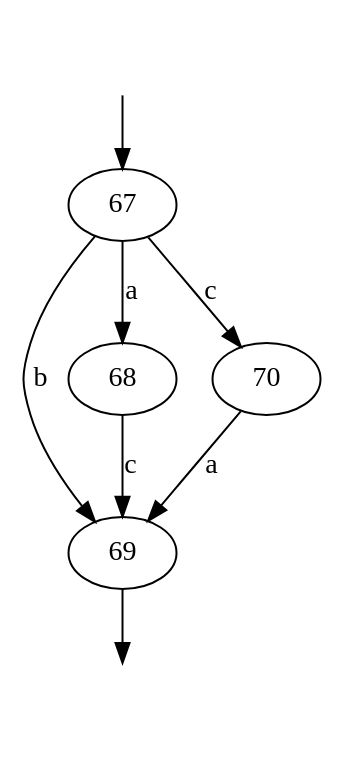
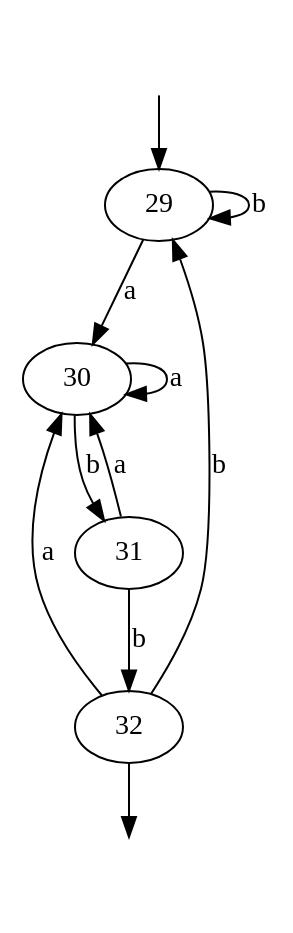
Before and after one commit to qwerfah/compilers-design: the diagram in RegexParser/RegexParser/graph.dot, drawn with Graphviz. The commit also changed 7 other files, not shown here.

```diff
--- a/RegexParser/RegexParser/graph.dot
+++ b/RegexParser/RegexParser/graph.dot
@@ -1,11 +1,14 @@
 digraph FSM {
 In [shape=none fontcolor=white]
-In -> 67
-Out69 [shape=none fontcolor=white]
-69 -> Out69
-67 -> 68 [label="a"]
-70 -> 69 [label="a"]
-67 -> 70 [label="c"]
-68 -> 69 [label="c"]
-67 -> 69 [label="b"]
+In -> 29
+Out32 [shape=none fontcolor=white]
+32 -> Out32
+32 -> 30 [label="a"]
+29 -> 30 [label="a"]
+30 -> 30 [label="a"]
+30 -> 31 [label="b"]
+31 -> 30 [label="a"]
+32 -> 29 [label="b"]
+29 -> 29 [label="b"]
+31 -> 32 [label="b"]
 }
```
